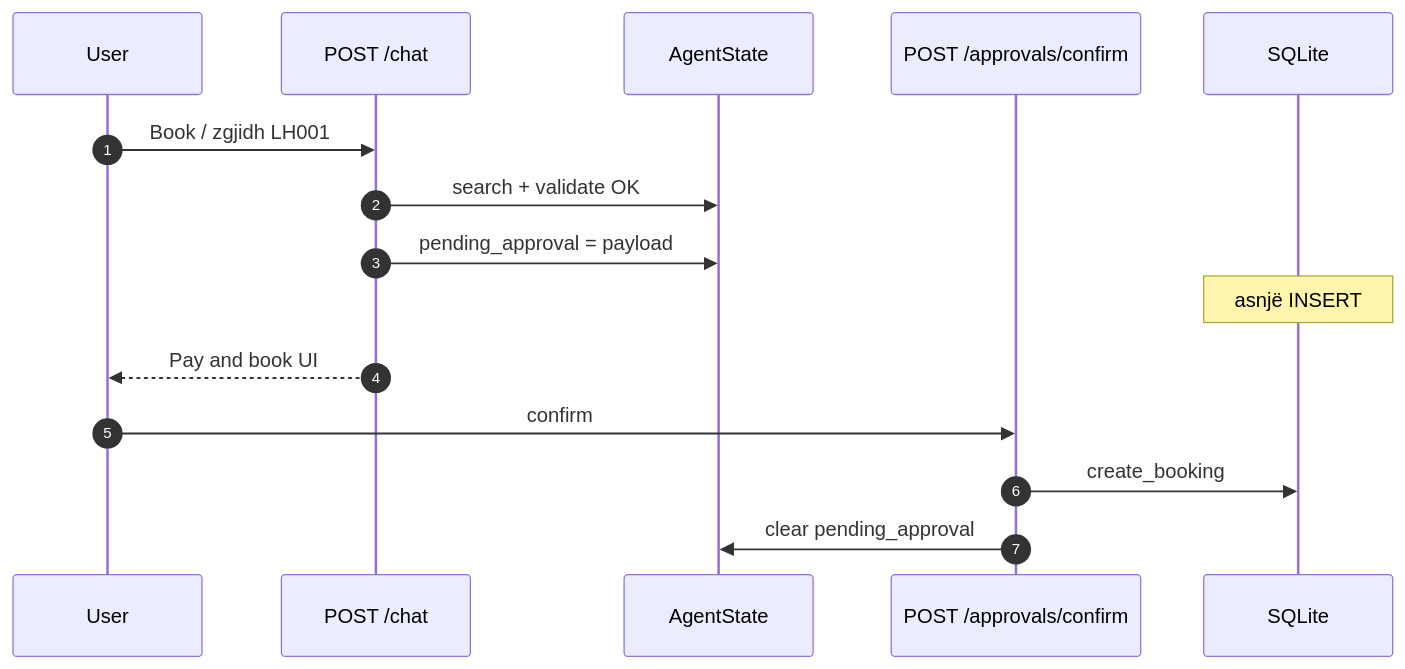
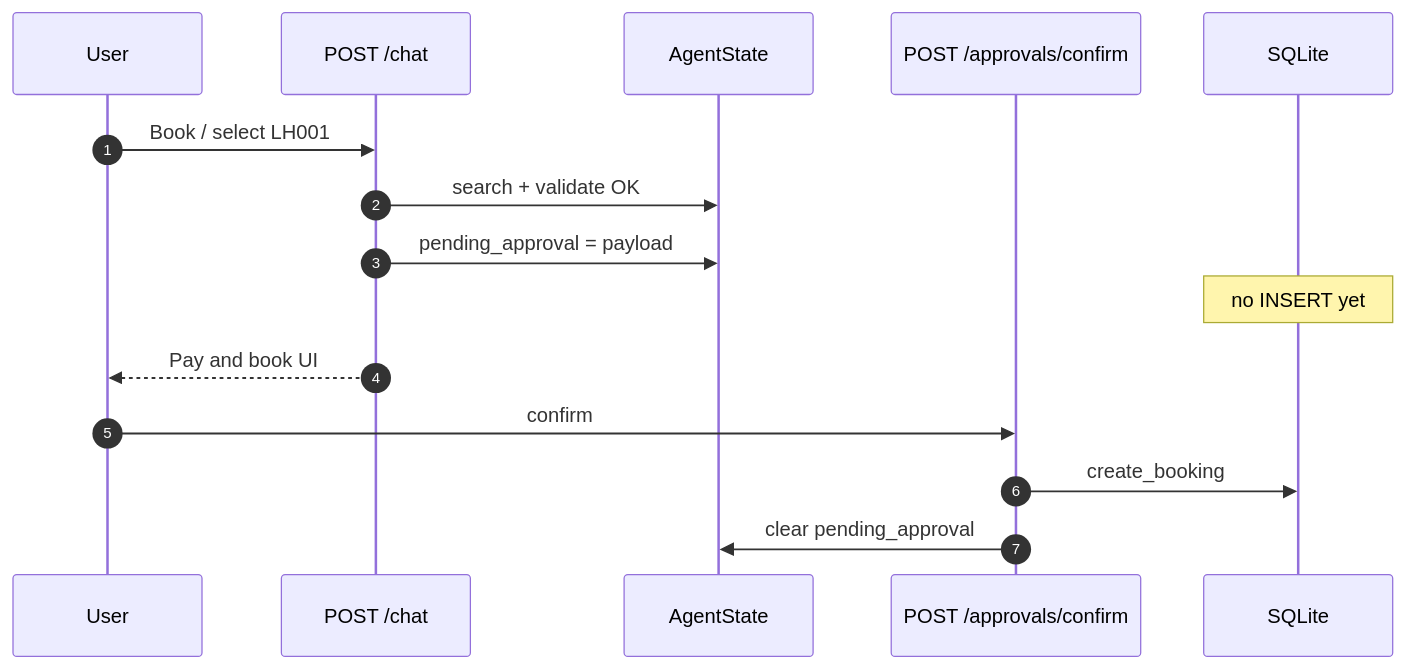
The fifth of 6 diagrams in README.md (sara-2-ai-ml/pilot-flight-agent), drawn with Mermaid before and after one commit. The commit also changed other lines of this file, not shown here.

````diff
--- a/README.md
+++ b/README.md
@@ -215,18 +215,18 @@
 ```mermaid
 sequenceDiagram
     autonumber
     participant U as User
     participant C as POST /chat
     participant S as AgentState
     participant A as POST /approvals/confirm
     participant D as SQLite
 
-    U->>C: Book / zgjidh LH001
+    U->>C: Book / select LH001
     C->>S: search + validate OK
     C->>S: pending_approval = payload
-    Note over D: asnjë INSERT
+    Note over D: no INSERT yet
     C-->>U: Pay and book UI
     U->>A: confirm
     A->>D: create_booking
     A->>S: clear pending_approval
 ```
````
